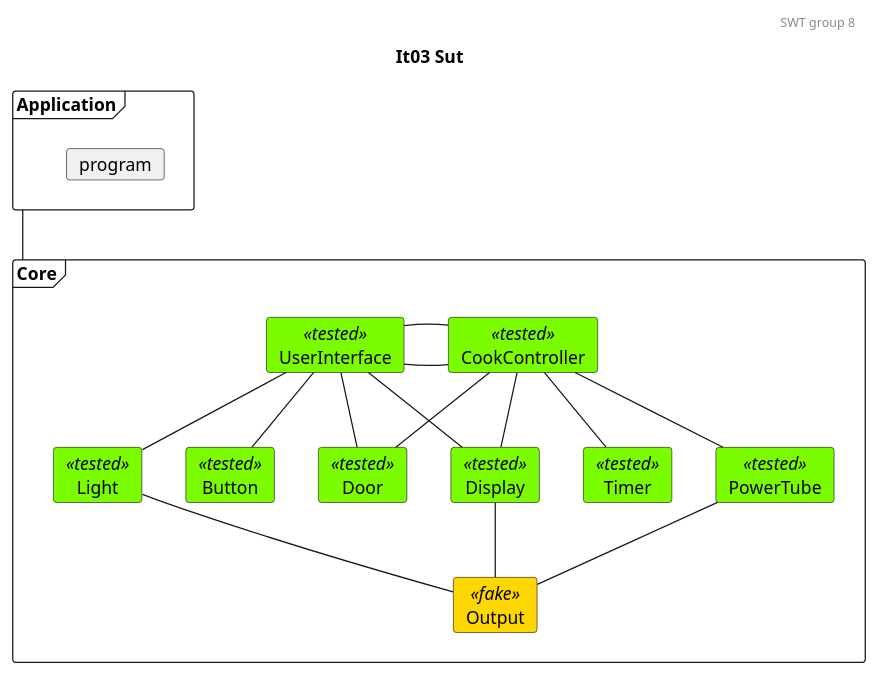
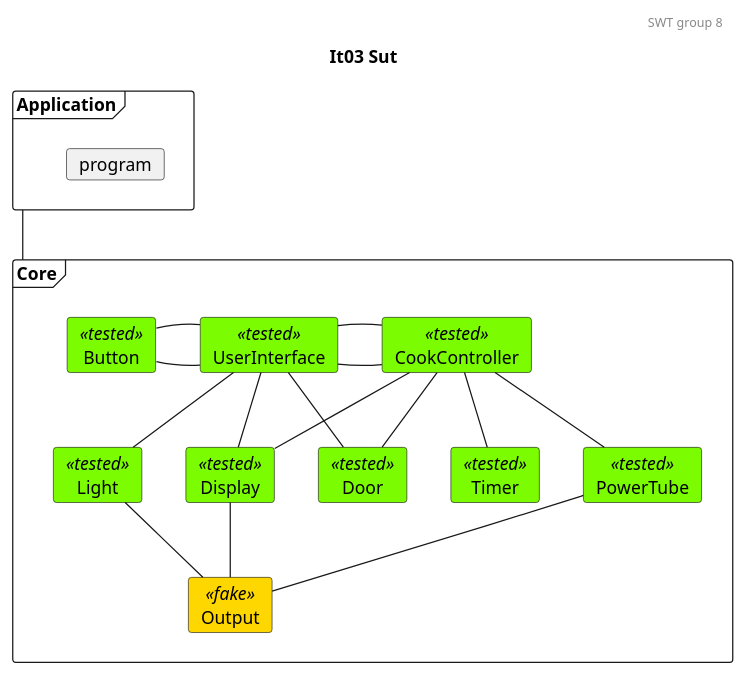
The diagram in docs/SysTestTree3.plantuml (mikkel-ol/I4SWT-MicrowaveOven), drawn with PlantUML before and after one commit. The commit also changed 3 other files, not shown here.

```diff
--- a/docs/SysTestTree3.plantuml
+++ b/docs/SysTestTree3.plantuml
@@ -1,60 +1,62 @@
 @startuml
 
 'Testing colors:
 skinparam card{
     backgroundColor<<tested>> lawngreen
     backgroundColor<<sut>> salmon
     backgroundColor<<test>> salmon
     backgroundColor<<fake>> gold
 }
 
 header SWT group 8
 title It03 Sut
 
 frame Application{
     card program
 }
 
 frame Core{
     card UserInterface<<tested>>
     card CookController<<tested>>
 
     card Door<<tested>>
     card Light<<tested>>
     card Timer<<tested>>
     card PowerTube<<tested>>
     card Display<<tested>>
     card Output<<fake>>
     card Button<<tested>>
 }
 
 'Relations projects
 ' 0. to 1.
 Application -- Core
 
 'Relations CookController:
 '1.
 CookController - UserInterface
 '1. to 2.
 CookController -- Door
 CookController -- Timer
 CookController -- PowerTube
 CookController -- Display
 
 'Relations UserInterface:
 '1.
 UserInterface - CookController
+Button - UserInterface 
+UserInterface - Button
+
 '1. to 2.
 UserInterface -- Light
 UserInterface -- Door
 UserInterface -- Display
-UserInterface -- Button
 
 ' Relations 2. to 3.
 Light -- Output
 Display -- Output
 PowerTube -- Output
 
 
 
 @enduml
```
